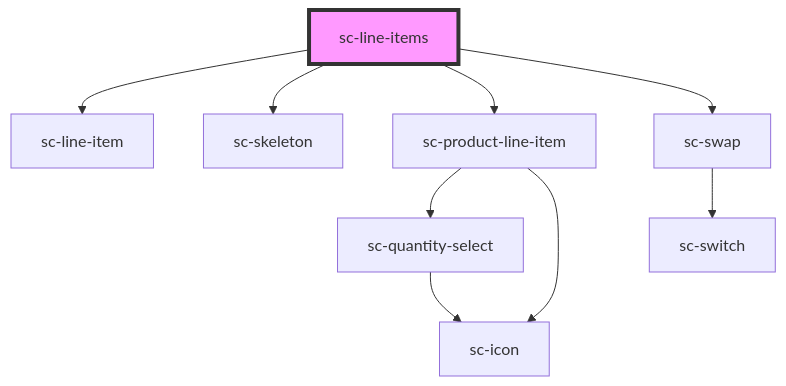
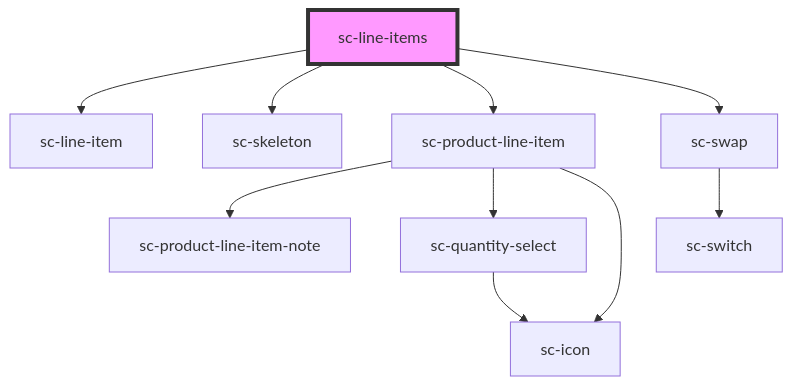
Before and after one commit to surecart/surecart-wp-plugin: the diagram in packages/components/src/components/controllers/checkout-form/line-items/readme.md, drawn with Mermaid. The commit also changed 22 other files, not shown here.

Commit message:
Add a dedicated ScProductLineItemNote and manage expands from there

````diff
--- a/packages/components/src/components/controllers/checkout-form/line-items/readme.md
+++ b/packages/components/src/components/controllers/checkout-form/line-items/readme.md
@@ -49,12 +49,13 @@
 ```mermaid
 graph TD;
   sc-line-items --> sc-line-item
   sc-line-items --> sc-skeleton
   sc-line-items --> sc-product-line-item
   sc-line-items --> sc-swap
+  sc-product-line-item --> sc-product-line-item-note
   sc-product-line-item --> sc-quantity-select
   sc-product-line-item --> sc-icon
   sc-quantity-select --> sc-icon
   sc-swap --> sc-switch
   style sc-line-items fill:#f9f,stroke:#333,stroke-width:4px
 ```
````
